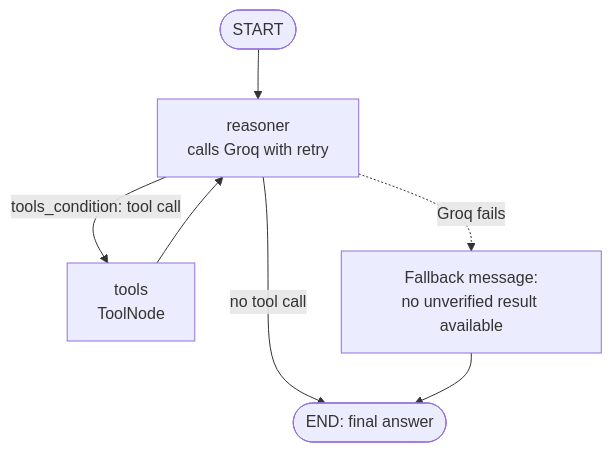
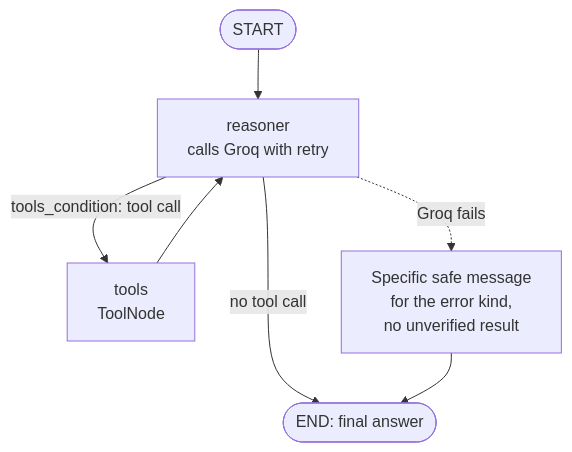
The third of 10 diagrams in context/workflow.md (Nagendrakumarkv/FDE_COLD_CHAIN_AI), drawn with Mermaid before and after one commit. The commit also changed other lines of this file, not shown here.

````diff
--- a/context/workflow.md
+++ b/context/workflow.md
@@ -59,9 +67,9 @@
 ```mermaid
 flowchart TD
     S([START]) --> R[reasoner<br/>calls Groq with retry]
     R -->|tools_condition: tool call| TN[tools<br/>ToolNode]
     TN --> R
     R -->|no tool call| E([END: final answer])
-    R -.->|Groq fails| F[Fallback message:<br/>no unverified result available]
+    R -.->|Groq fails| F[Specific safe message<br/>for the error kind,<br/>no unverified result]
     F --> E
 ```
````
